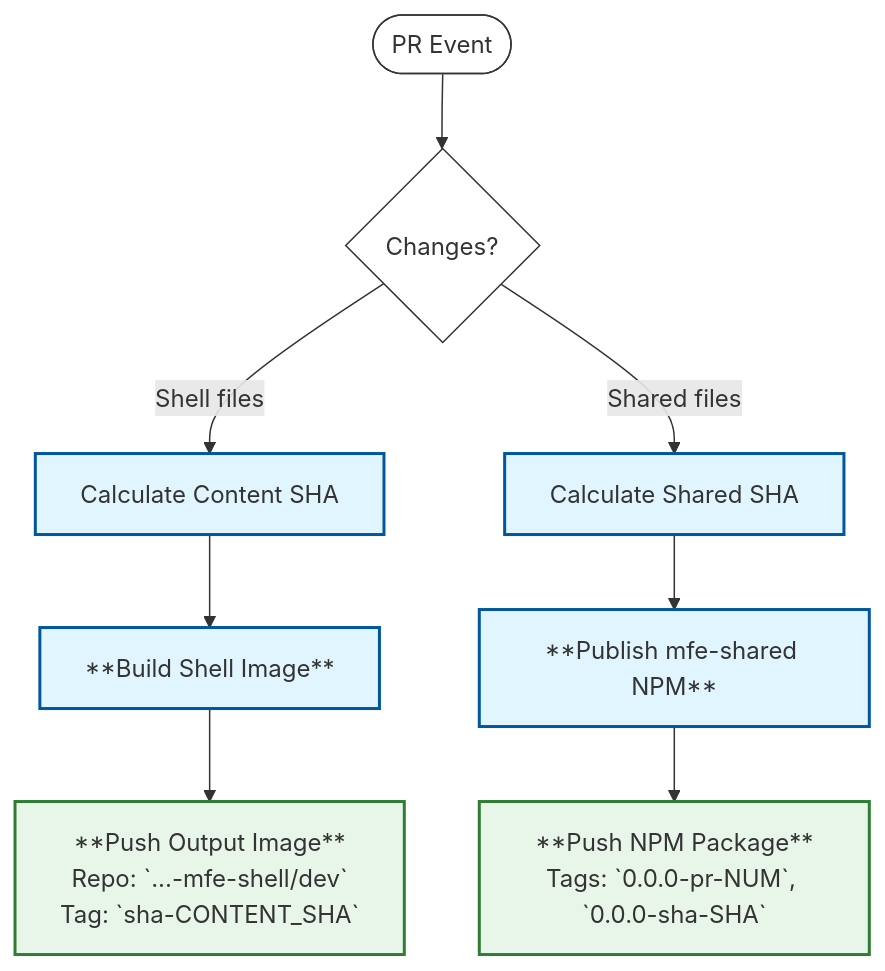
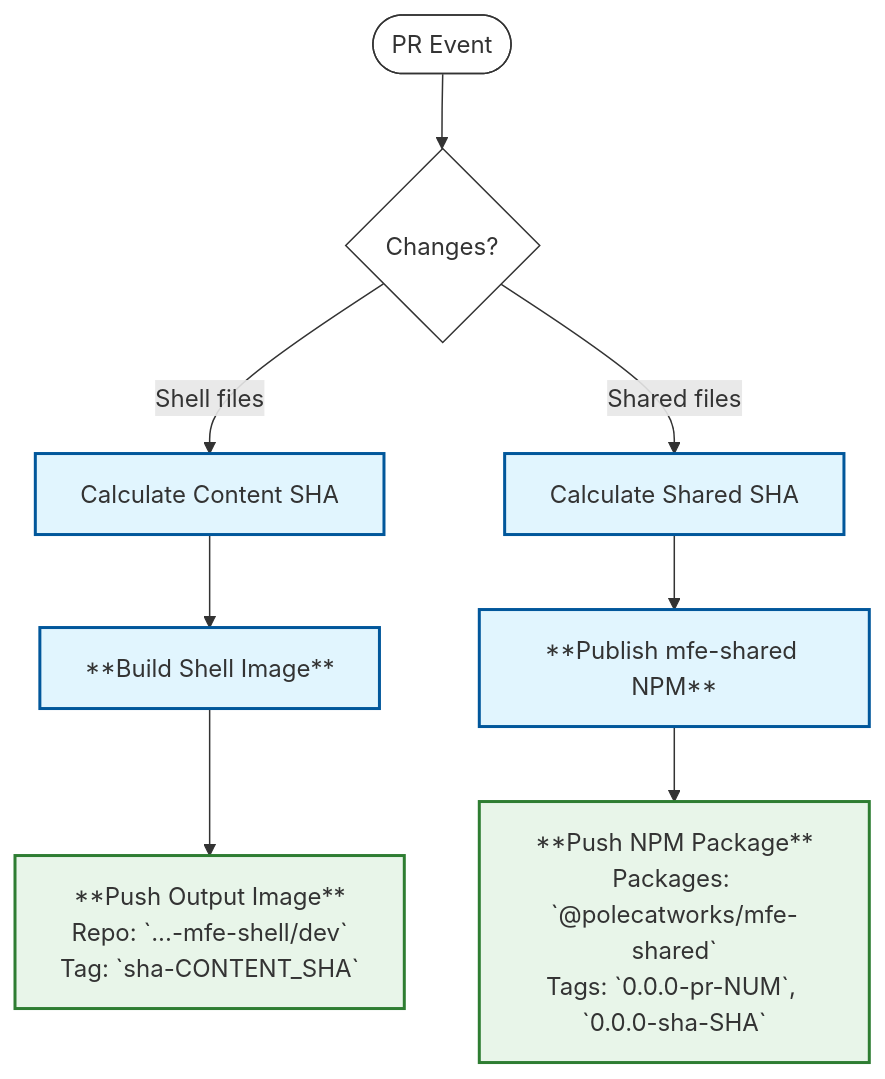
One commit to PolecatWorks/Mfe-shell changed the third of 5 diagrams in .github/WORKFLOW_LOGIC.md. Above: the diagram before and after it, drawn with Mermaid. The commit also changed other lines of this file and 1 other file, not shown here.

Commit message:
docs: update WORKFLOW_LOGIC.md and mfe-shared/README.md

````diff
--- a/.github/WORKFLOW_LOGIC.md
+++ b/.github/WORKFLOW_LOGIC.md
@@ -76,20 +76,20 @@
 ```mermaid
 flowchart TD
     Start([PR Event]) --> CheckPaths{Changes?}
 
     CheckPaths -->|Shell files| CalcSHA[Calculate Content SHA]
     CheckPaths -->|Shared files| CalcSharedSHA[Calculate Shared SHA]
 
     CalcSHA --> Build[**Build Shell Image**]
     CalcSharedSHA --> BuildShared[**Publish mfe-shared NPM**]
 
     Build --> Output[**Push Output Image**<br/>Repo: `...-mfe-shell/dev`<br/>Tag: `sha-CONTENT_SHA`]
-    BuildShared --> SharedOutput[**Push NPM Package**<br/>Tags: `0.0.0-pr-NUM`, `0.0.0-sha-SHA`]
+    BuildShared --> SharedOutput[**Push NPM Package**<br/>Packages: `@polecatworks/mfe-shared`<br/>Tags: `0.0.0-pr-NUM`, `0.0.0-sha-SHA`]
 
     classDef default fill:#fff,stroke:#333,stroke-width:1px;
     classDef action fill:#e1f5fe,stroke:#01579b,stroke-width:2px;
     classDef output fill:#e8f5e9,stroke:#2e7d32,stroke-width:2px;
 
     class CalcSHA,Build,CalcSharedSHA,BuildShared action;
     class Output,SharedOutput output;
 ```
````
